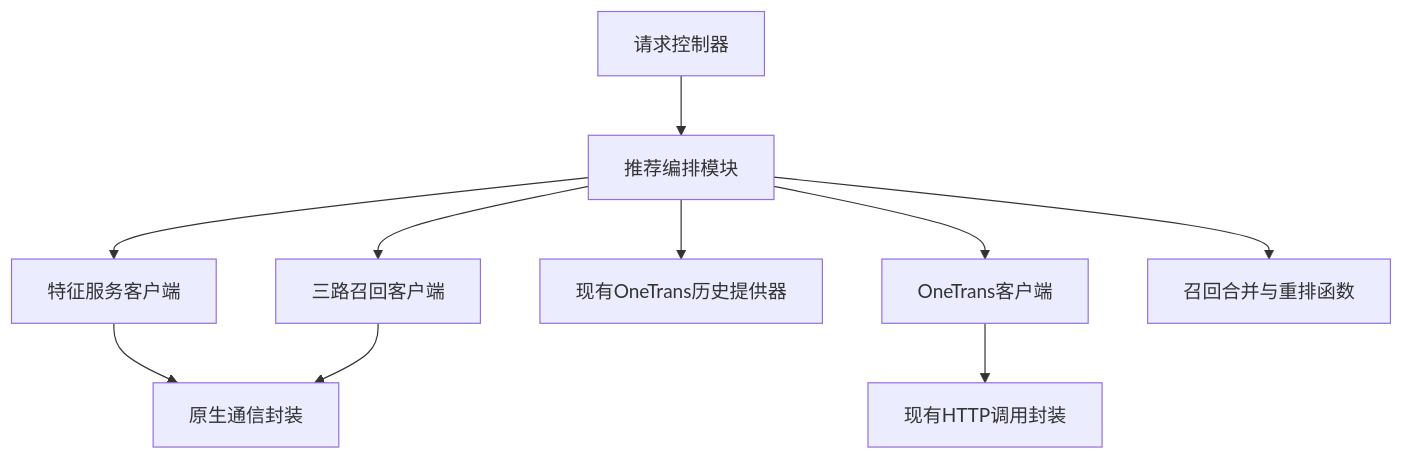
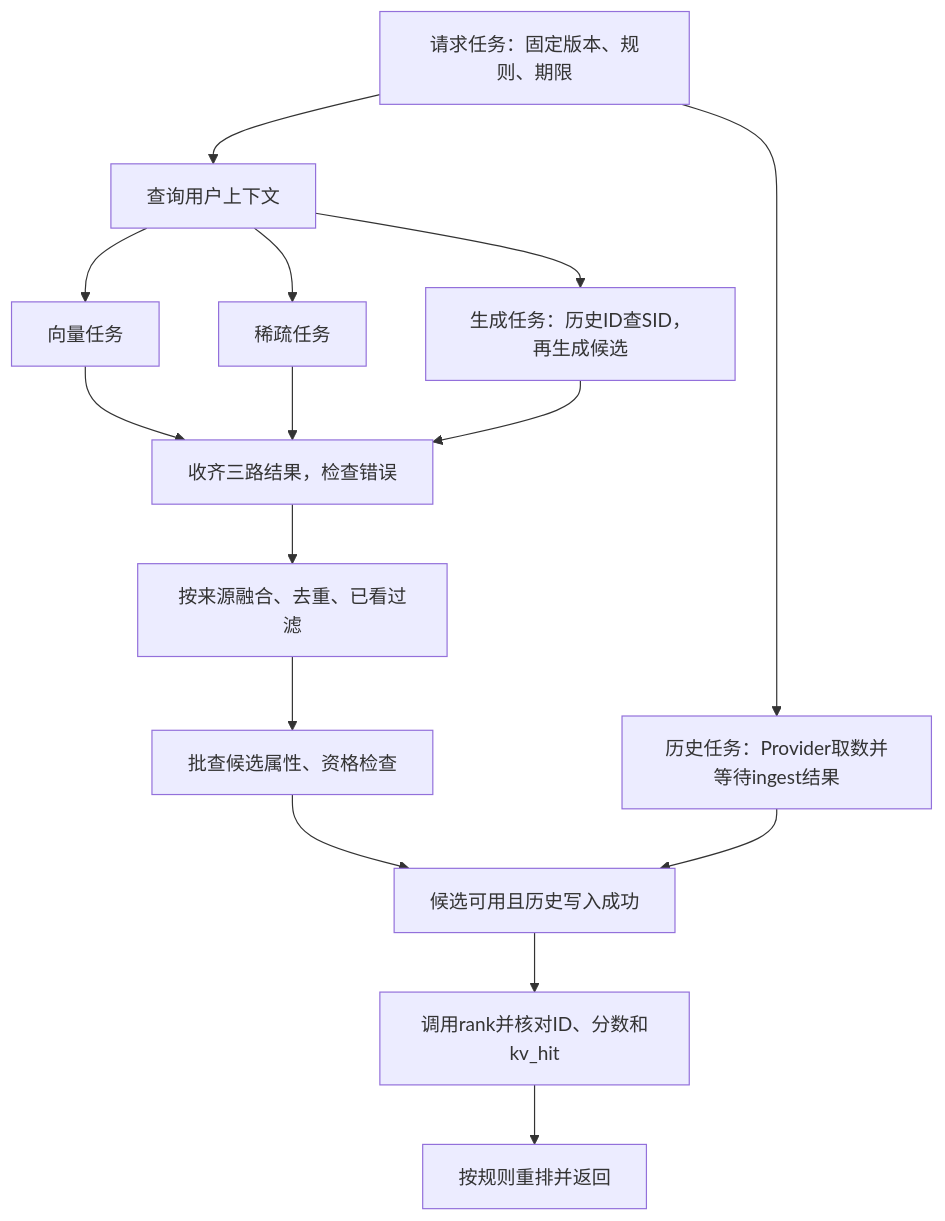
One commit to bitianyuan123/docs changed the third of 5 diagrams in 03_pairec_orchestration.md. Above: the diagram before and after it, drawn with Mermaid. The commit also changed other lines of this file and 141 other files, not shown here.

````diff
--- a/03_pairec_orchestration.md
+++ b/03_pairec_orchestration.md
@@ -105,12 +198,17 @@
 ```mermaid
 flowchart TB
-    Controller[请求控制器] --> Engine[推荐编排模块]
-    Engine --> Feature[特征服务客户端]
-    Engine --> Recall[三路召回客户端]
-    Engine --> History[现有OneTrans历史提供器]
-    Engine --> Ranking[OneTrans客户端]
-    Engine --> Rules[召回合并与重排函数]
-    Feature --> Transport[原生通信封装]
-    Recall --> Transport
-    Ranking --> Http[现有HTTP调用封装]
+    Start[请求任务：固定版本、规则、期限] --> Context[查询用户上下文]
+    Start --> History[历史任务：Provider取数并等待ingest结果]
+    Context --> Vector[向量任务]
+    Context --> Sparse[稀疏任务]
+    Context --> Generate[生成任务：历史ID查SID，再生成候选]
+    Vector --> Join[收齐三路结果，检查错误]
+    Sparse --> Join
+    Generate --> Join
+    Join --> Merge[按来源融合、去重、已看过滤]
+    Merge --> Items[批查候选属性、资格检查]
+    Items --> Gate[候选可用且历史写入成功]
+    History --> Gate
+    Gate --> Rank[调用rank并核对ID、分数和kv_hit]
+    Rank --> End[按规则重排并返回]
 ```
````
